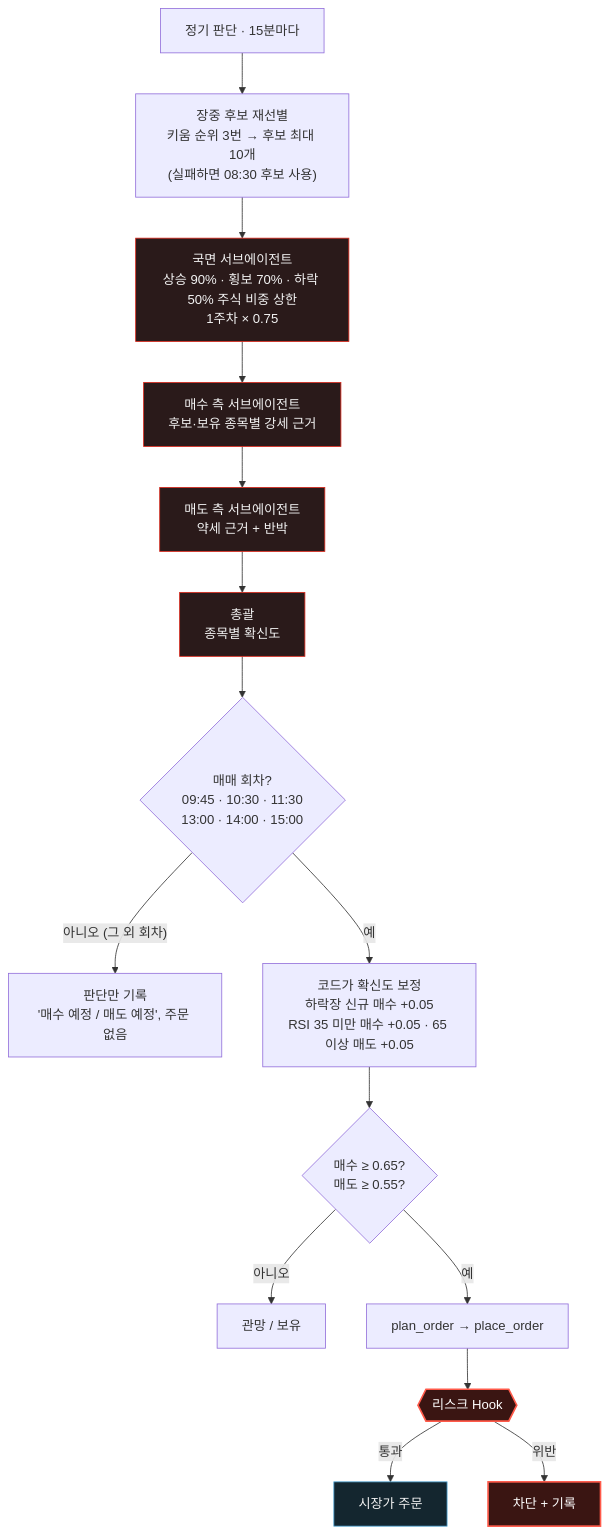
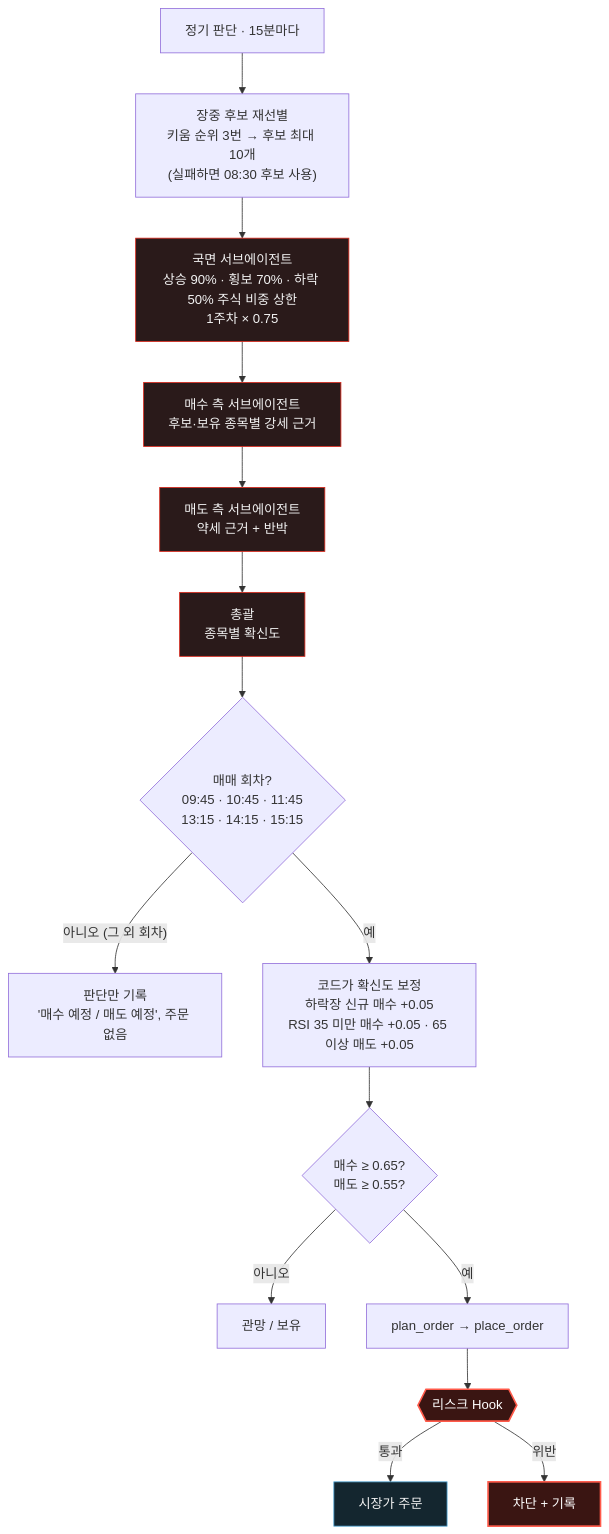
The diagram in assets/diagrams/decision.ko.mmd (isopink/hynix-298f), drawn with Mermaid before and after one commit. The commit also changed 6 other files, not shown here.

```diff
--- a/assets/diagrams/decision.ko.mmd
+++ b/assets/diagrams/decision.ko.mmd
@@ -1,21 +1,21 @@
 flowchart TB
     S["정기 판단 · 15분마다"] --> P["장중 후보 재선별<br/>키움 순위 3번 → 후보 최대 10개<br/>(실패하면 08:30 후보 사용)"]
     P --> G["국면 서브에이전트<br/>상승 90% · 횡보 70% · 하락 50% 주식 비중 상한<br/>1주차 × 0.75"]
     G --> B["매수 측 서브에이전트<br/>후보·보유 종목별 강세 근거"]
     B --> R["매도 측 서브에이전트<br/>약세 근거 + 반박"]
     R --> L["총괄<br/>종목별 확신도"]
-    L --> T{"매매 회차?<br/>09:45 · 10:30 · 11:30<br/>13:00 · 14:00 · 15:00"}
+    L --> T{"매매 회차?<br/>09:45 · 10:45 · 11:45<br/>13:15 · 14:15 · 15:15"}
     T -- "아니오 (그 외 회차)" --> V["판단만 기록<br/>'매수 예정 / 매도 예정', 주문 없음"]
     T -- 예 --> C["코드가 확신도 보정<br/>하락장 신규 매수 +0.05<br/>RSI 35 미만 매수 +0.05 · 65 이상 매도 +0.05"]
     C --> Q{"매수 ≥ 0.65?<br/>매도 ≥ 0.55?"}
     Q -- 아니오 --> W["관망 / 보유"]
     Q -- 예 --> Z["plan_order → place_order"]
     Z --> H{{"리스크 Hook"}}
     H -- 통과 --> O["시장가 주문"]
     H -- 위반 --> X["차단 + 기록"]
     classDef agent fill:#2a1a1a,stroke:#da291c,color:#f3f3f3
     classDef hook fill:#3a1512,stroke:#ff5a4a,stroke-width:2px,color:#ffffff
     classDef ok fill:#14262f,stroke:#4aa3d4,color:#f3f3f3
     class G,B,R,L agent
     class H,X hook
     class O ok
```
